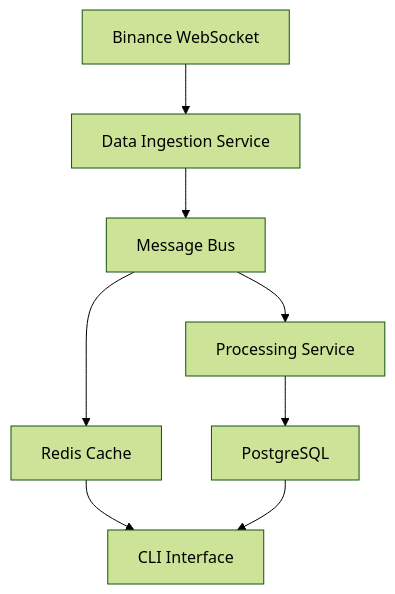
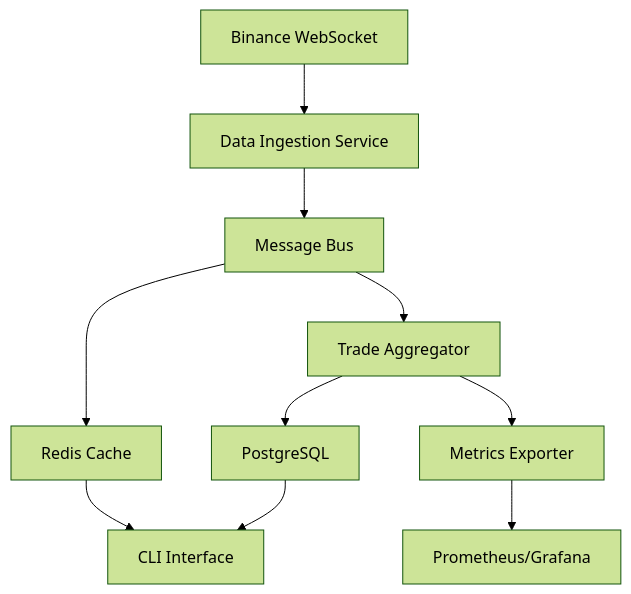
The diagram in README.md (AccursedGalaxy/Orders), drawn with Mermaid (forest theme) before and after one commit. The commit also changed other lines of this file, not shown here.

````diff
--- a/README.md
+++ b/README.md
@@ -114,10 +137,12 @@
 ```mermaid
 graph TD
     A[Binance WebSocket] --> B[Data Ingestion Service]
     B --> C[Message Bus]
     C --> D[Redis Cache]
-    C --> E[Processing Service]
+    C --> E[Trade Aggregator]
     E --> F[PostgreSQL]
     D --> G[CLI Interface]
     F --> G
+    E --> H[Metrics Exporter]
+    H --> I[Prometheus/Grafana]
 ```
````
